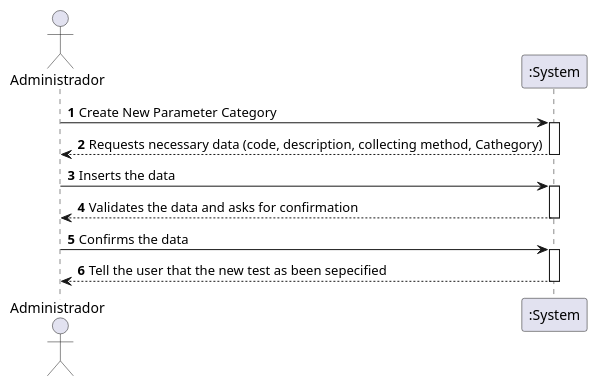
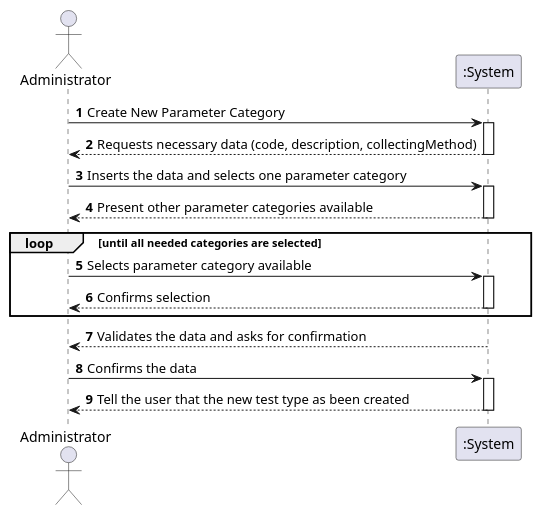
Before and after one commit to GuilhermeCunha79/lapr2: the diagram in docs/SprintC/US9/UC9_SSD.puml, drawn with PlantUML. The commit also changed 57 other files, not shown here.

Commit message:
[US-9] Great Improvements to the US-9 documentation diagrams and code [US-8] Great Improvements to the US-8 documentation and diagrams [API] Added all 3 APIs needed for US5 & US12

```diff
--- a/docs/SprintC/US9/UC9_SSD.puml
+++ b/docs/SprintC/US9/UC9_SSD.puml
@@ -1,26 +1,35 @@
 @startuml
 'https://plantuml.com/sequence-diagram
 autonumber
 'hide footbox
-actor "Administrador" as ADMIN
+actor "Administrator" as ADMIN
 
 participant ":System" as SYSTEM
 
 ADMIN -> SYSTEM : Create New Parameter Category
 activate SYSTEM
-SYSTEM --> ADMIN : Requests necessary data (code, description, collecting method, Cathegory)
+SYSTEM --> ADMIN : Requests necessary data (code, description, collectingMethod)
 deactivate SYSTEM
 
-ADMIN -> SYSTEM : Inserts the data
+ADMIN -> SYSTEM : Inserts the data and selects one parameter category
+activate SYSTEM
+SYSTEM --> ADMIN : Present other parameter categories available
+deactivate SYSTEM
+loop until all needed categories are selected
+ADMIN -> SYSTEM : Selects parameter category available
+activate SYSTEM
+SYSTEM --> ADMIN : Confirms selection
+deactivate SYSTEM
+end loop
 activate SYSTEM
 SYSTEM --> ADMIN : Validates the data and asks for confirmation
 deactivate SYSTEM
 
 ADMIN -> SYSTEM : Confirms the data
 activate SYSTEM
-SYSTEM --> ADMIN : Tell the user that the new test as been sepecified
+SYSTEM --> ADMIN : Tell the user that the new test type as been created
 deactivate SYSTEM
 
 
 
 @enduml
```
